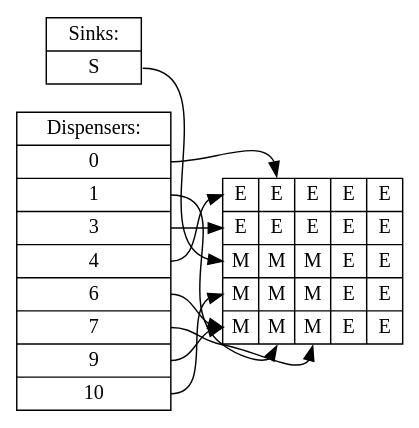
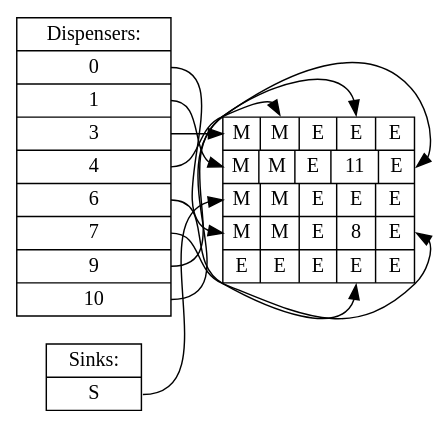
Before and after one commit to jiegec/OnePassSynthesisDMFB: the diagram in solutions/PCR/time5.dot, drawn with Graphviz. The commit also changed 31 other files, not shown here.

```diff
--- a/solutions/PCR/time5.dot
+++ b/solutions/PCR/time5.dot
@@ -1,14 +1,14 @@
 digraph step {rankdir=LR;node [shape=record,fontname="Inconsolata"];
-dispenser [label="Dispensers:|<d1>0|<d13>1|<d18>3|<d0>4|<d14>6|<d12>7|<d15>9|<d16>10"];
+dispenser [label="Dispensers:|<d16>0|<d18>1|<d0>3|<d1>4|<d11>6|<d8>7|<d6>9|<d3>10"];
 sink [label="Sinks:|<s17>S"];
-board [label="{<f00>E|<f01>E|<f02>E|<f03>E|<f04>E}|{<f10>E|<f11>E|<f12>E|<f13>E|<f14>E}|{<f20>M|<f21>M|<f22>M|<f23>E|<f24>E}|{<f30>M|<f31>M|<f32>M|<f33>E|<f34>E}|{<f40>M|<f41>M|<f42>M|<f43>E|<f44>E}"];
-dispenser:d1 -> board:f01
-dispenser:d13 -> board:f41
+board [label="{<f00>M|<f01>M|<f02>E|<f03>E|<f04>E}|{<f10>M|<f11>M|<f12>E|<f13>11|<f14>E}|{<f20>M|<f21>M|<f22>E|<f23>E|<f24>E}|{<f30>M|<f31>M|<f32>E|<f33>8|<f34>E}|{<f40>E|<f41>E|<f42>E|<f43>E|<f44>E}"];
+dispenser:d16 -> board:f30
 dispenser:d18 -> board:f10
 dispenser:d0 -> board:f00
-dispenser:d14 -> board:f40
-dispenser:d12 -> board:f42
-dispenser:d15 -> board:f40
-dispenser:d16 -> board:f30
+dispenser:d1 -> board:f01
+dispenser:d11 -> board:f43
+dispenser:d8 -> board:f34
+dispenser:d6 -> board:f14
+dispenser:d3 -> board:f03
 sink:s17 -> board:f20
 }
```
